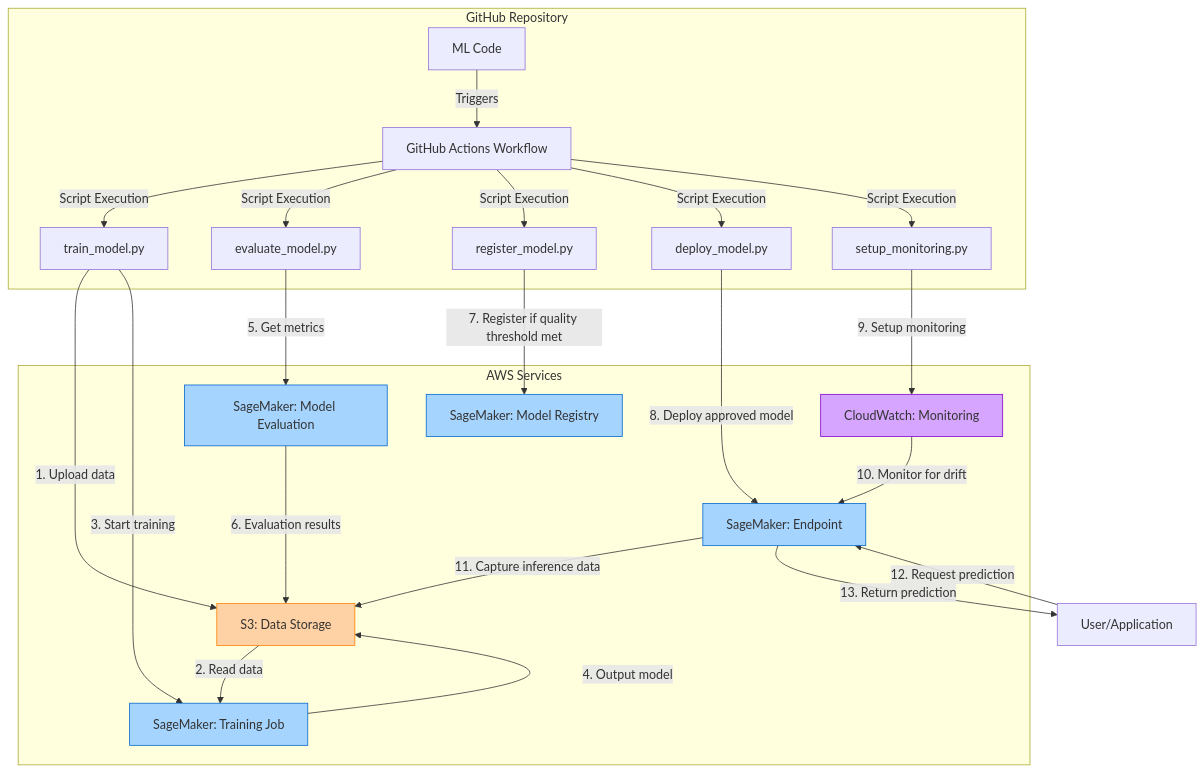
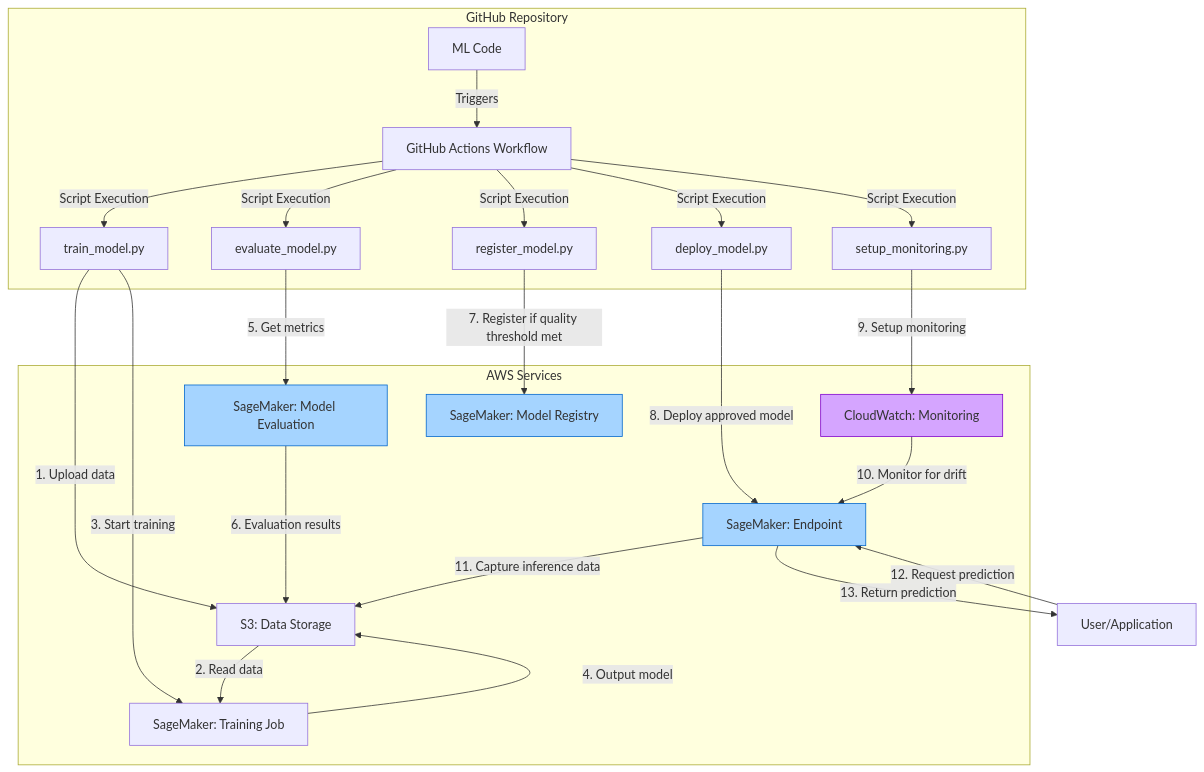
The diagram in readme.md (luhercentti/mlops-ephemeral-demo-lhc), drawn with Mermaid before and after one commit.

````diff
--- a/readme.md
+++ b/readme.md
@@ -3,44 +3,42 @@
 ```mermaid
 flowchart TD
     subgraph "GitHub Repository"
         A[ML Code] --> |Triggers| B[GitHub Actions Workflow]
         B --> |Script Execution| C1[train_model.py]
         B --> |Script Execution| C2[evaluate_model.py]
         B --> |Script Execution| C3[register_model.py]
         B --> |Script Execution| C4[deploy_model.py]
         B --> |Script Execution| C5[setup_monitoring.py]
     end
 
     subgraph "AWS Services"
         D[S3: Data Storage]
         E[SageMaker: Training Job]
         F[SageMaker: Model Evaluation]
         G[SageMaker: Model Registry]
         H[SageMaker: Endpoint]
         I[CloudWatch: Monitoring]
     end
 
     %% Data Flow Connections
     C1 -->|1. Upload data| D
     D -->|2. Read data| E
     C1 -->|3. Start training| E
     E -->|4. Output model| D
     C2 -->|5. Get metrics| F
     F -->|6. Evaluation results| D
     C3 -->|7. Register if quality threshold met| G
     C4 -->|8. Deploy approved model| H
     C5 -->|9. Setup monitoring| I
     I -->|10. Monitor for drift| H
     H -->|11. Capture inference data| D
 
     %% Inference Flow
     J[User/Application] -->|12. Request prediction| H
     H -->|13. Return prediction| J
 
-    style D fill:#FFD2A5,stroke:#FF8000
-    style E fill:#A5D4FF,stroke:#0066CC
     style F fill:#A5D4FF,stroke:#0066CC
     style G fill:#A5D4FF,stroke:#0066CC
     style H fill:#A5D4FF,stroke:#0066CC
     style I fill:#D5A5FF,stroke:#8000CC
 ``` 
````
